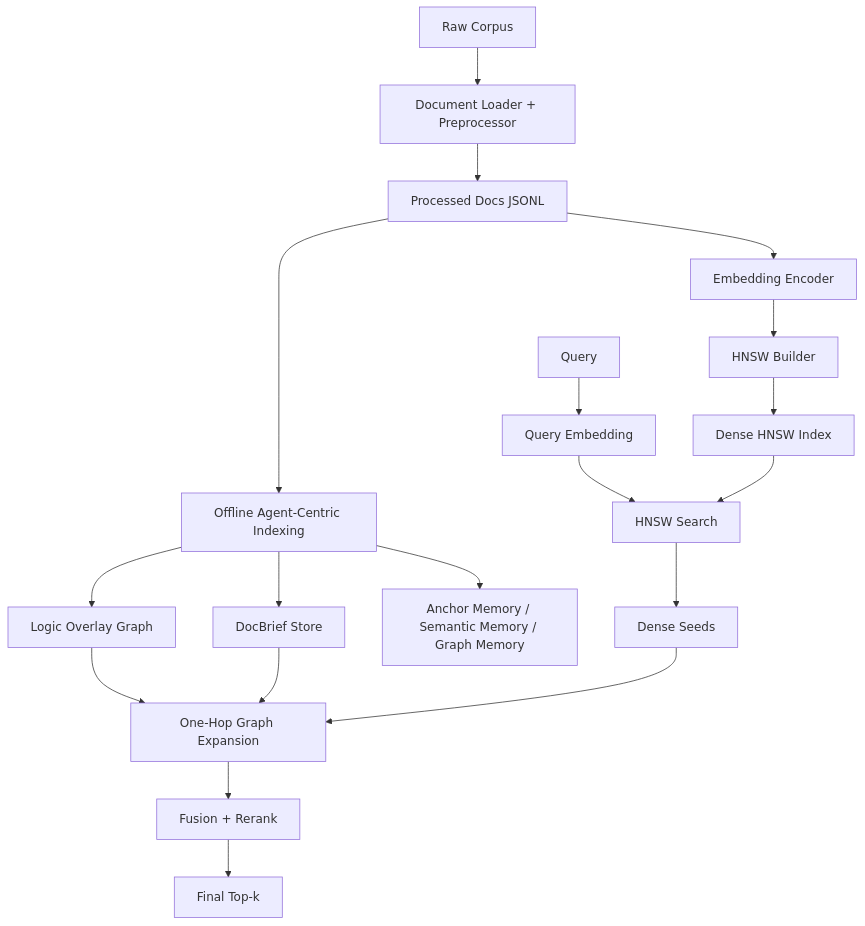
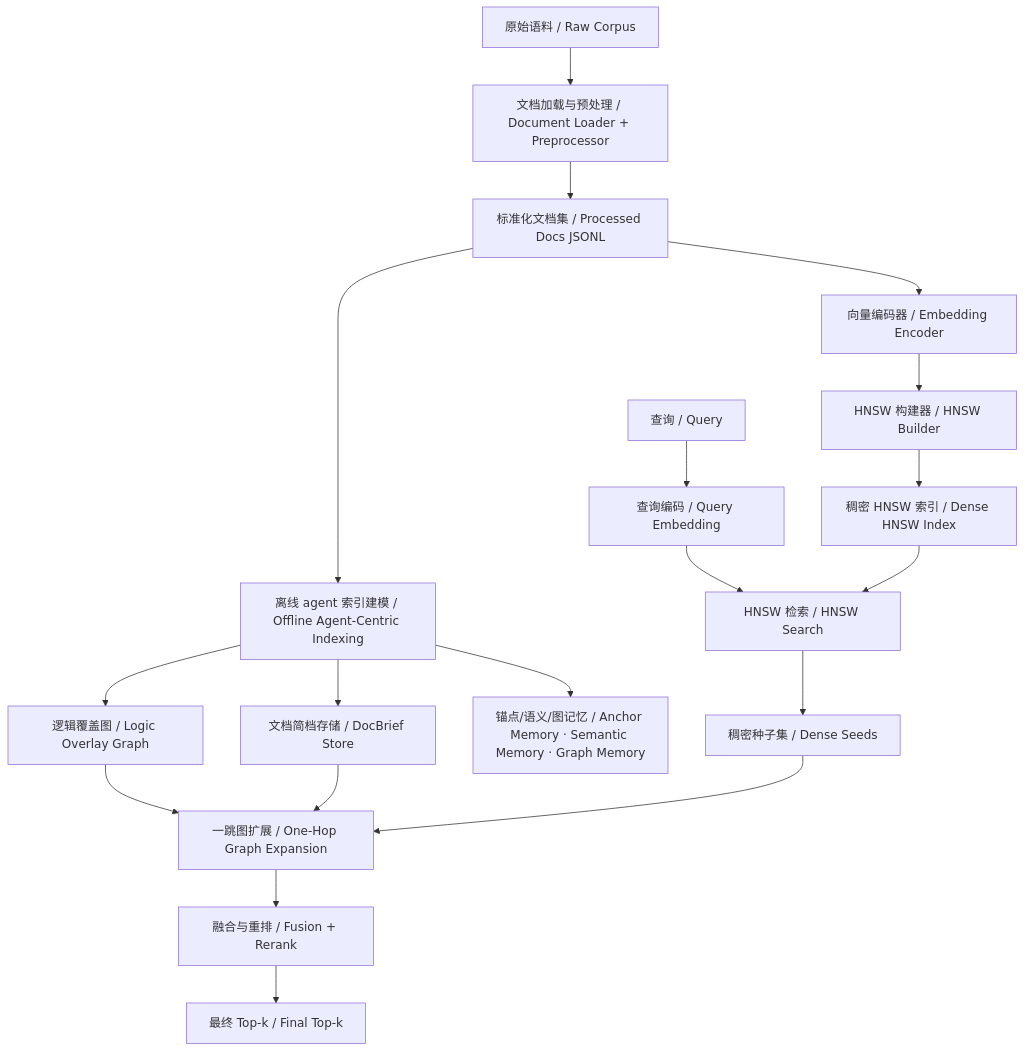
Before and after one commit to DocuMind-Team/gl-hnsw: the first of 4 diagrams in docs/architecture.md, drawn with Mermaid. The commit also changed other lines of this file and 1 other file, not shown here.

Commit message:
docs(mermaid): bilingualize diagram labels

````diff
--- a/docs/architecture.md
+++ b/docs/architecture.md
@@ -51,23 +51,23 @@
 ```mermaid
 flowchart TD
-    A["Raw Corpus"] --> B["Document Loader + Preprocessor"]
-    B --> C["Processed Docs JSONL"]
-    C --> D["Embedding Encoder"]
-    D --> E["HNSW Builder"]
-    E --> F["Dense HNSW Index"]
+    A["原始语料 / Raw Corpus"] --> B["文档加载与预处理 / Document Loader + Preprocessor"]
+    B --> C["标准化文档集 / Processed Docs JSONL"]
+    C --> D["向量编码器 / Embedding Encoder"]
+    D --> E["HNSW 构建器 / HNSW Builder"]
+    E --> F["稠密 HNSW 索引 / Dense HNSW Index"]
 
-    C --> G["Offline Agent-Centric Indexing"]
-    G --> H["DocBrief Store"]
-    G --> I["Logic Overlay Graph"]
-    G --> J["Anchor Memory / Semantic Memory / Graph Memory"]
+    C --> G["离线 agent 索引建模 / Offline Agent-Centric Indexing"]
+    G --> H["文档简档存储 / DocBrief Store"]
+    G --> I["逻辑覆盖图 / Logic Overlay Graph"]
+    G --> J["锚点/语义/图记忆 / Anchor Memory · Semantic Memory · Graph Memory"]
 
-    Q["Query"] --> K["Query Embedding"]
-    K --> L["HNSW Search"]
+    Q["查询 / Query"] --> K["查询编码 / Query Embedding"]
+    K --> L["HNSW 检索 / HNSW Search"]
     F --> L
-    L --> M["Dense Seeds"]
-    I --> N["One-Hop Graph Expansion"]
+    L --> M["稠密种子集 / Dense Seeds"]
+    I --> N["一跳图扩展 / One-Hop Graph Expansion"]
     H --> N
     M --> N
-    N --> O["Fusion + Rerank"]
-    O --> P["Final Top-k"]
+    N --> O["融合与重排 / Fusion + Rerank"]
+    O --> P["最终 Top-k / Final Top-k"]
 ```
````
